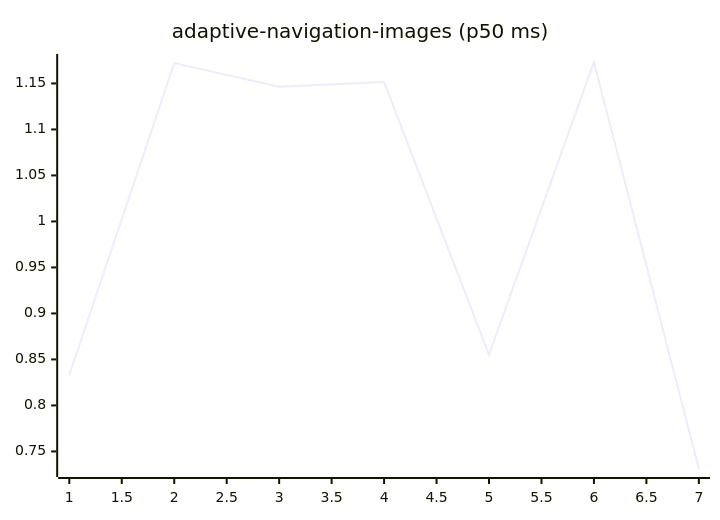
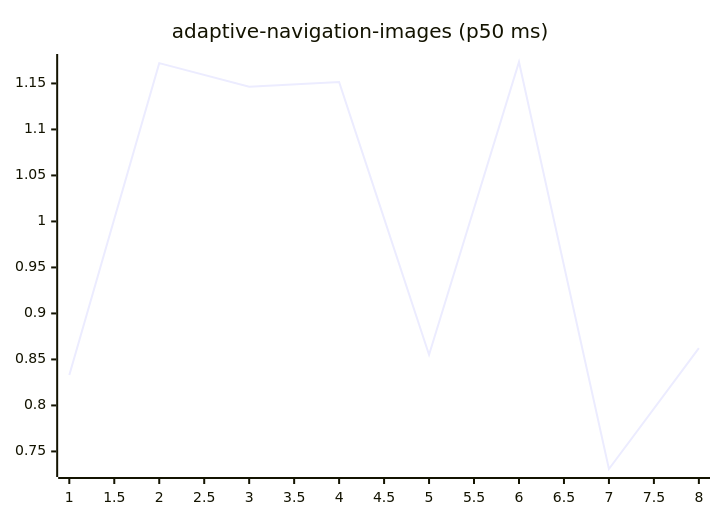
Before and after one commit to josha/Facet: the first of 27 diagrams in README.md, drawn with Mermaid. The commit also changed other lines of this file and 2 other files, not shown here.

````diff
--- a/README.md
+++ b/README.md
@@ -63,6 +63,6 @@
 ```mermaid
 xychart-beta
     title "adaptive-navigation-images (p50 ms)"
-    x-axis 1 --> 7
-    line [0.8330, 1.1721, 1.1465, 1.1515, 0.8551, 1.1733, 0.7309]
+    x-axis 1 --> 8
+    line [0.8330, 1.1721, 1.1465, 1.1515, 0.8551, 1.1733, 0.7309, 0.8622]
 ```
````
